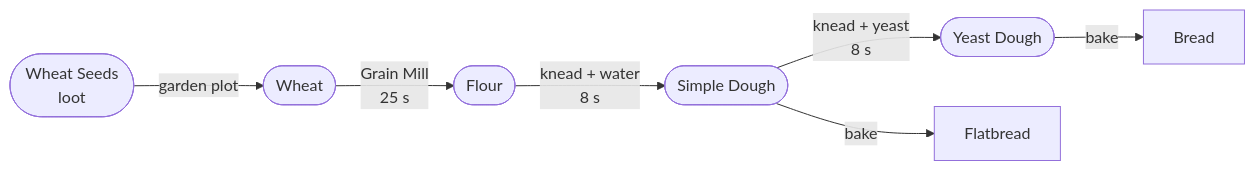
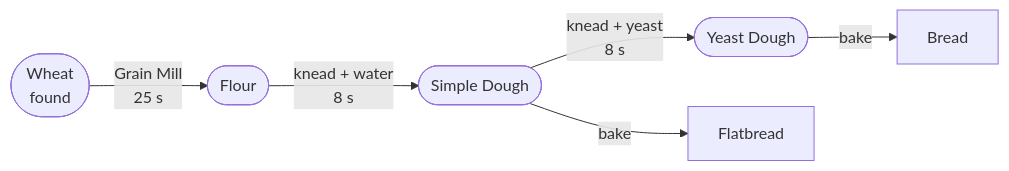
The first of 13 diagrams in ChefZ_Wiki/Production-Chains.md (Psyern/Psyerns_ChefZ), drawn with Mermaid before and after one commit. The commit also changed other lines of this file and 31 other files, not shown here.

````diff
--- a/ChefZ_Wiki/Production-Chains.md
+++ b/ChefZ_Wiki/Production-Chains.md
@@ -32,9 +33,8 @@
 ```mermaid
 graph LR
-  S(["Wheat Seeds<br/>loot"]) -->|garden plot| W(["Wheat"])
-  W -->|Grain Mill<br/>25 s| F(["Flour"])
+  W(["Wheat<br/>found"]) -->|Grain Mill<br/>25 s| F(["Flour"])
   F -->|"knead + water<br/>8 s"| SD(["Simple Dough"])
   SD -->|"knead + yeast<br/>8 s"| YD(["Yeast Dough"])
   YD -->|"bake"| B["Bread"]
   SD -->|"bake"| FB["Flatbread"]
 ```
````
